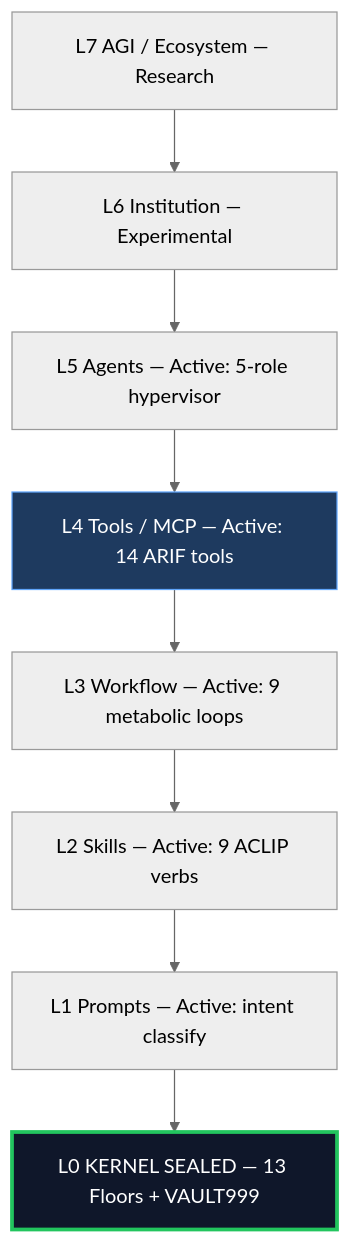
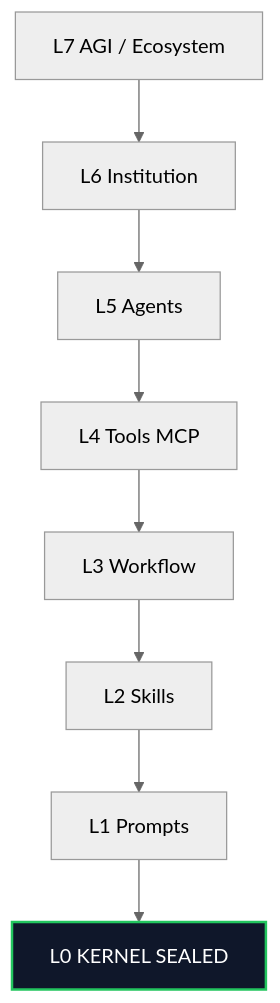
One commit to ariffazil/arifos changed the first of 3 diagrams in README.md. Above: the diagram before and after it, drawn with Mermaid (neutral theme). The commit also changed other lines of this file, not shown here.

````diff
--- a/README.md
+++ b/README.md
@@ -309,16 +72,15 @@
 ```mermaid
 flowchart TD
-    L7[L7 AGI / Ecosystem — Research]
-    L6[L6 Institution — Experimental]
-    L5[L5 Agents — Active: 5-role hypervisor]
-    L4[L4 Tools / MCP — Active: 14 ARIF tools]
-    L3[L3 Workflow — Active: 9 metabolic loops]
-    L2[L2 Skills — Active: 9 ACLIP verbs]
-    L1[L1 Prompts — Active: intent classify]
-    L0[L0 KERNEL SEALED — 13 Floors + VAULT999]
+    L7[L7 AGI / Ecosystem]
+    L6[L6 Institution]
+    L5[L5 Agents]
+    L4[L4 Tools MCP]
+    L3[L3 Workflow]
+    L2[L2 Skills]
+    L1[L1 Prompts]
+    L0[L0 KERNEL SEALED]
 
     L7 --> L6 --> L5 --> L4 --> L3 --> L2 --> L1 --> L0
 
-    style L0 fill:#0f172a,stroke:#22c55e,color:#ffffff,stroke-width:3px
-    style L4 fill:#1e3a5f,stroke:#60a5fa,color:#ffffff
+    style L0 fill:#0f172a,stroke:#22c55e,color:#ffffff,stroke-width:2px
 ```
````
